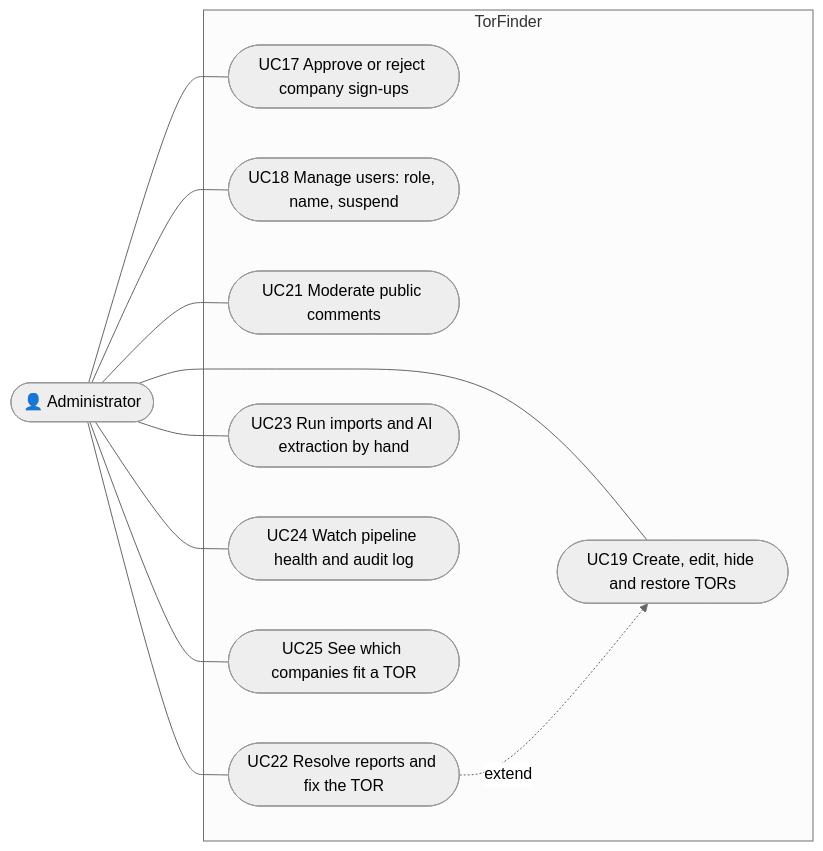
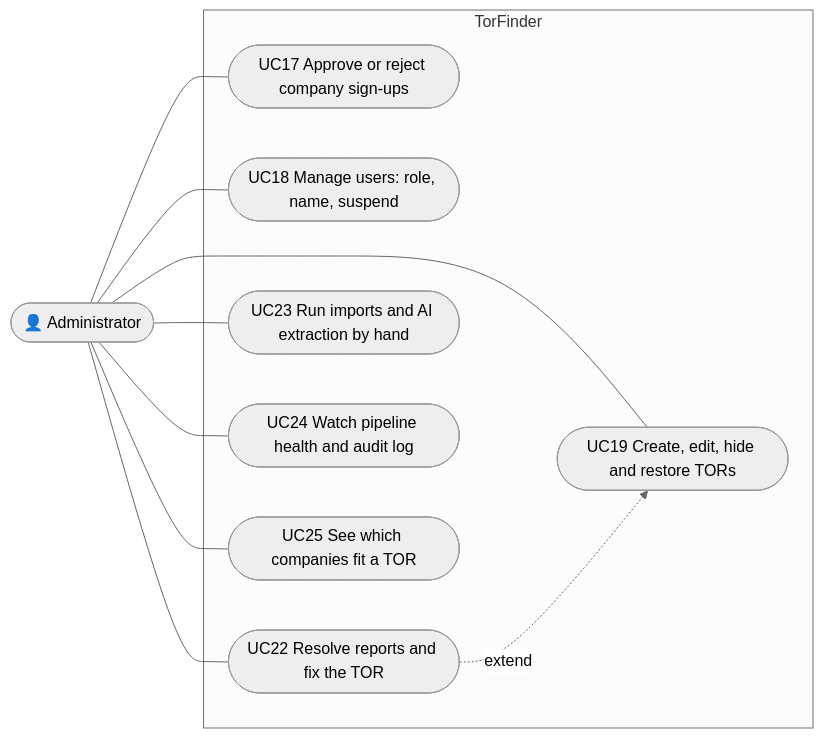
The third of 4 diagrams in docs/design/use-case.md (PhomMaiWai/TorFinder), drawn with Mermaid (neutral theme) before and after one commit. The commit also changed other lines of this file and 47 other files, not shown here.

Commit message:
refactor: remove public comments and their moderation (FR-19, FR-23)

````diff
--- a/docs/design/use-case.md
+++ b/docs/design/use-case.md
@@ -82,18 +82,17 @@
 ```mermaid
 flowchart LR
     Admin(["👤 Administrator"])
 
     subgraph TorFinder["TorFinder"]
         UC17(["UC17 Approve or reject company sign-ups"])
         UC18(["UC18 Manage users: role, name, suspend"])
         UC19(["UC19 Create, edit, hide and restore TORs"])
-        UC21(["UC21 Moderate public comments"])
         UC22(["UC22 Resolve reports and fix the TOR"])
         UC23(["UC23 Run imports and AI extraction by hand"])
         UC24(["UC24 Watch pipeline health and audit log"])
         UC25(["UC25 See which companies fit a TOR"])
     end
 
-    Admin --- UC17 & UC18 & UC19 & UC21 & UC22 & UC23 & UC24 & UC25
+    Admin --- UC17 & UC18 & UC19 & UC22 & UC23 & UC24 & UC25
     UC22 -. extend .-> UC19
 ```
````
